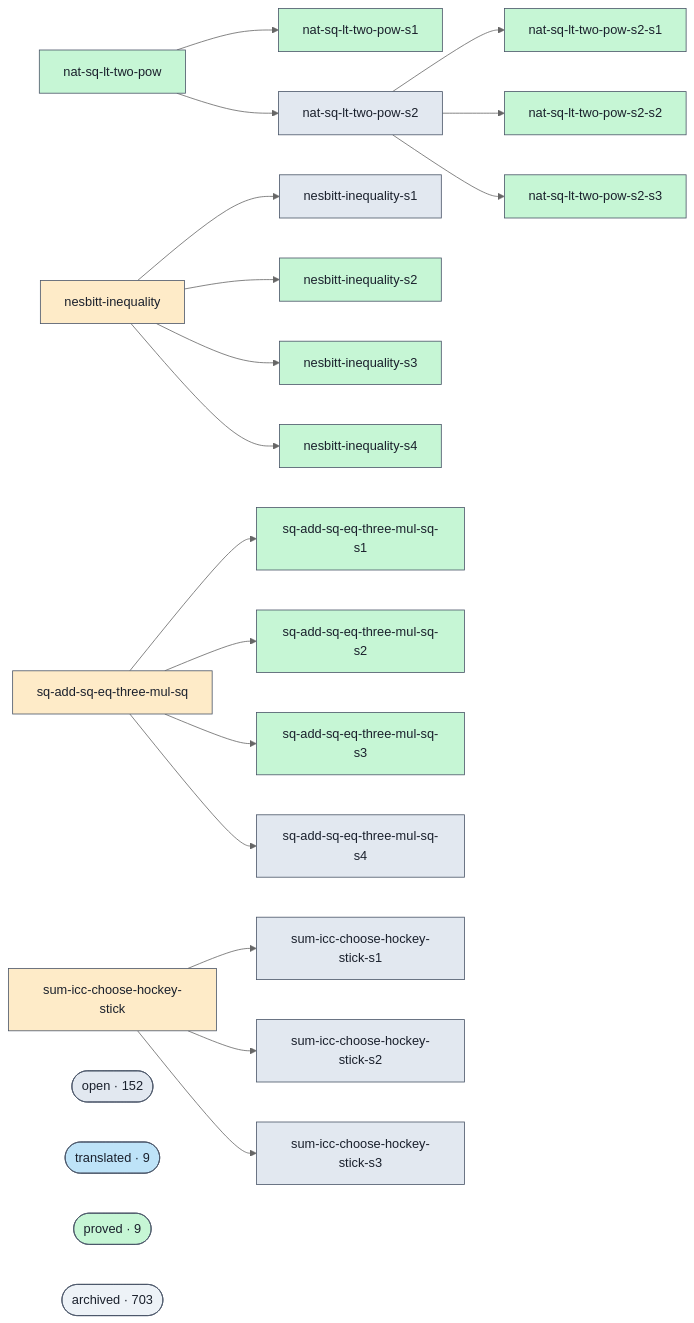
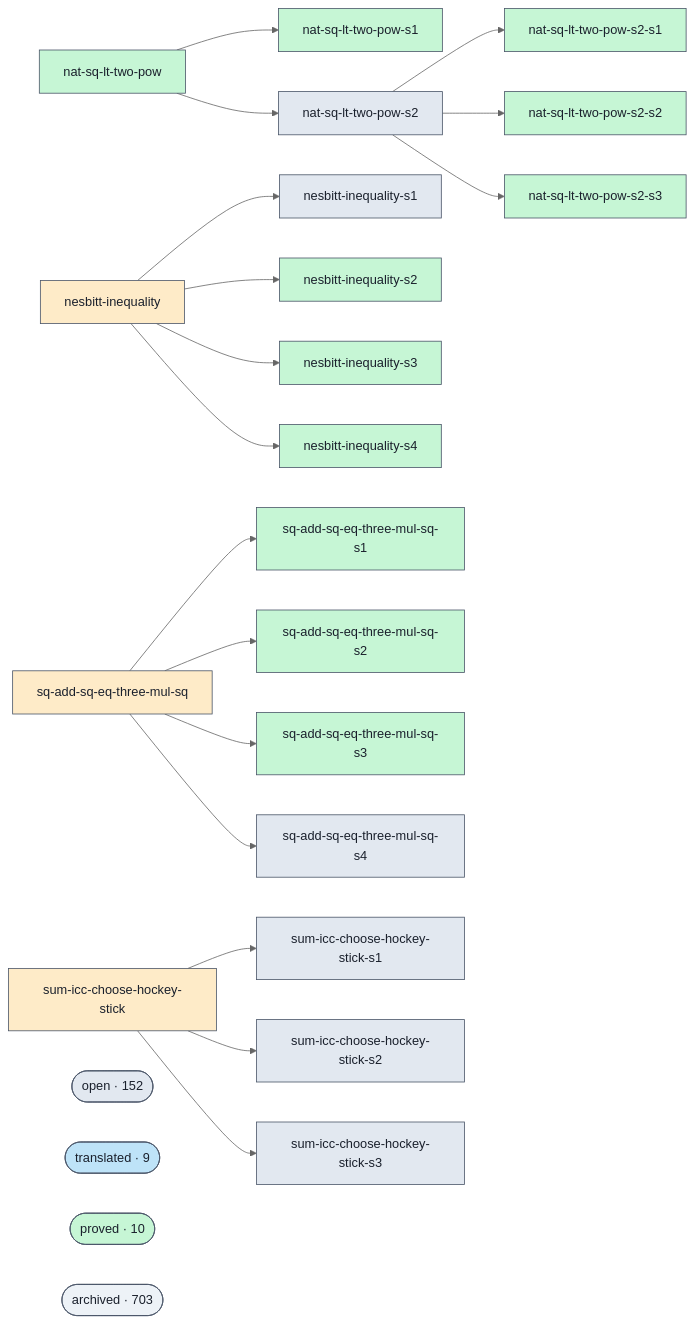
One commit to ohdearquant/unsorry changed the diagram in docs/proofs-contributors-visualisation.md. Above: the diagram before and after it, drawn with Mermaid (neutral theme). The commit also changed other lines of this file and 2 other files, not shown here.

```diff
--- a/docs/proofs-contributors-visualisation.md
+++ b/docs/proofs-contributors-visualisation.md
@@ -102,7 +102,7 @@
   class cluster_open open;
   cluster_translated(["translated · 9"])
   class cluster_translated translated;
-  cluster_proved(["proved · 9"])
+  cluster_proved(["proved · 10"])
   class cluster_proved proved;
   cluster_archived(["archived · 703"])
   class cluster_archived unknown;
```
